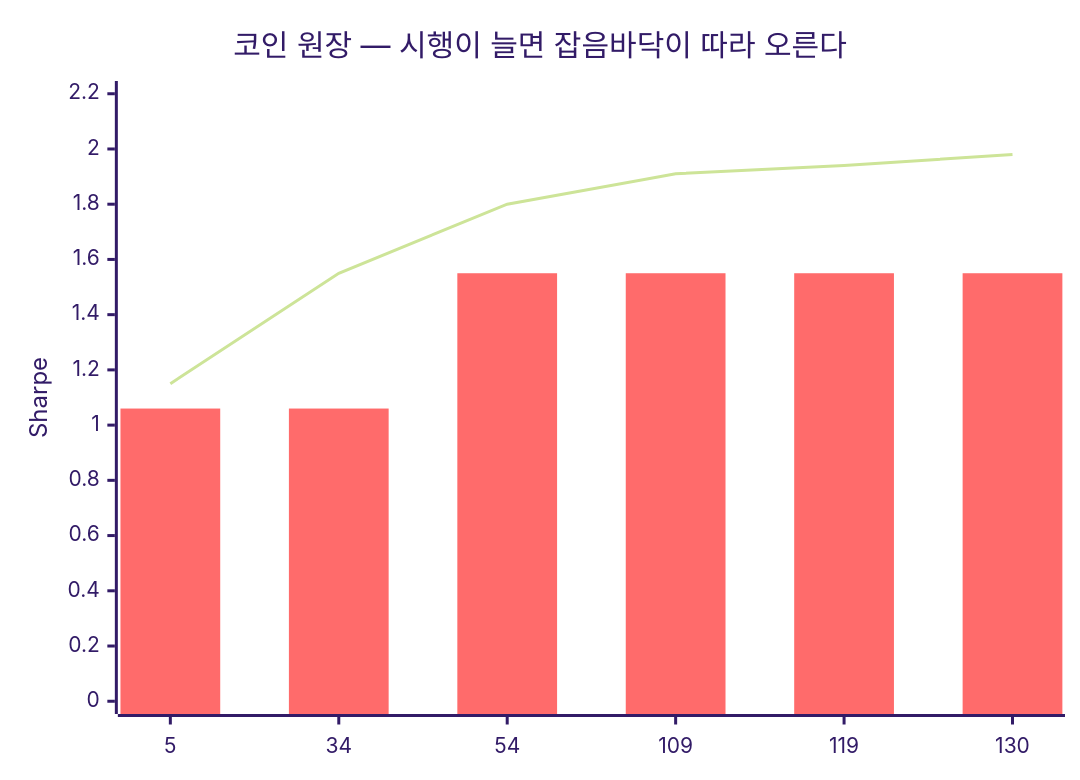
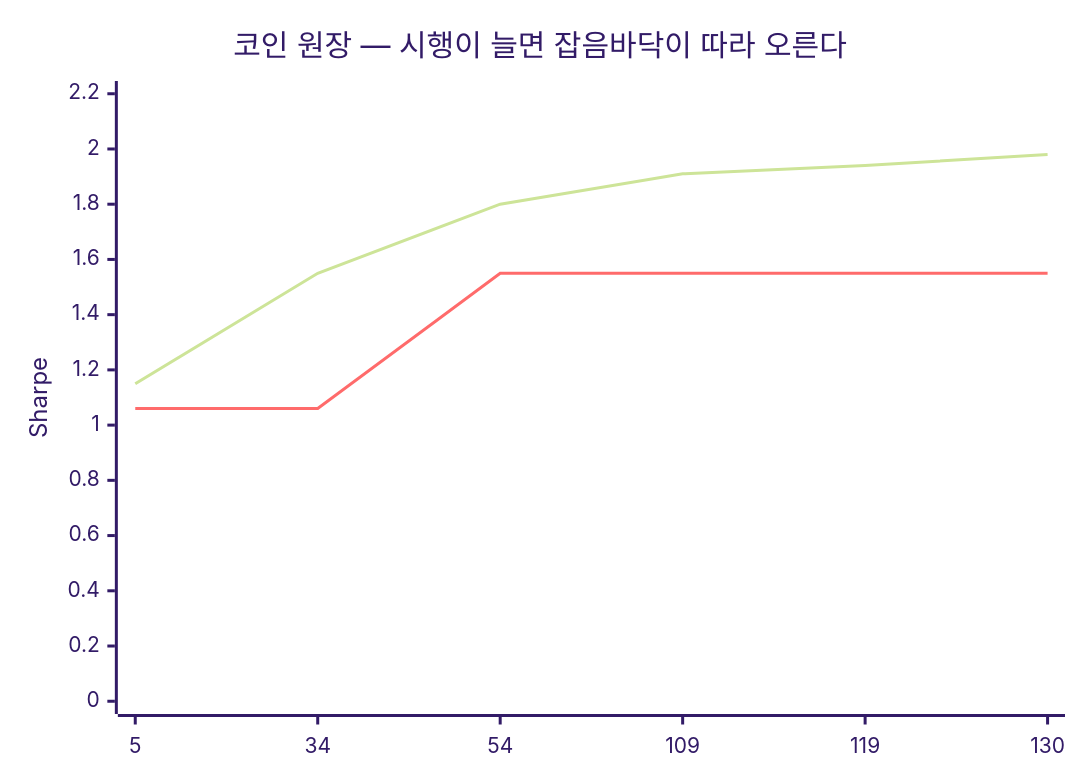
One commit to nohseongmin/stonks-atlas changed the second of 4 diagrams in README.md. Above: the diagram before and after it, drawn with Mermaid (forest theme). The commit also changed other lines of this file, not shown here.

First line of the commit message:
Docs: Mermaid 렌더 검증 후 수정

````diff
--- a/README.md
+++ b/README.md
@@ -56,8 +56,8 @@
 ```mermaid
 xychart-beta
     title "코인 원장 — 시행이 늘면 잡음바닥이 따라 오른다"
     x-axis ["5", "34", "54", "109", "119", "130"]
     y-axis "Sharpe" 0.0 --> 2.2
     line [1.15, 1.55, 1.80, 1.91, 1.94, 1.98]
-    bar [1.06, 1.06, 1.55, 1.55, 1.55, 1.55]
+    line [1.06, 1.06, 1.55, 1.55, 1.55, 1.55]
 ```
````
